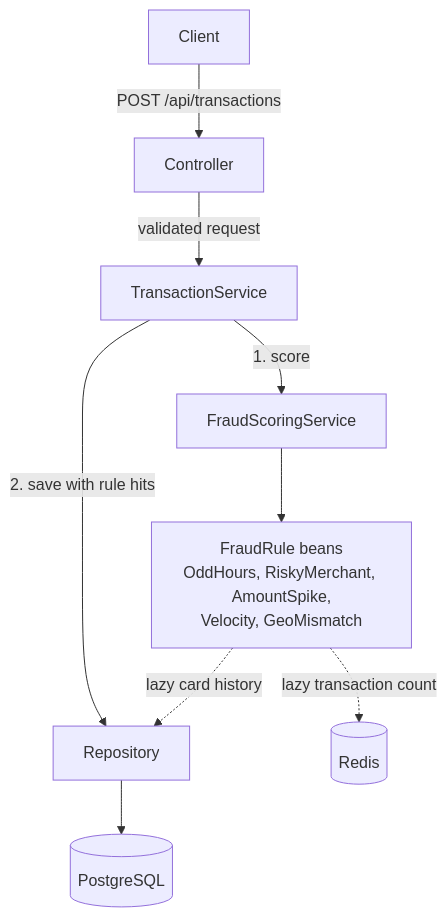
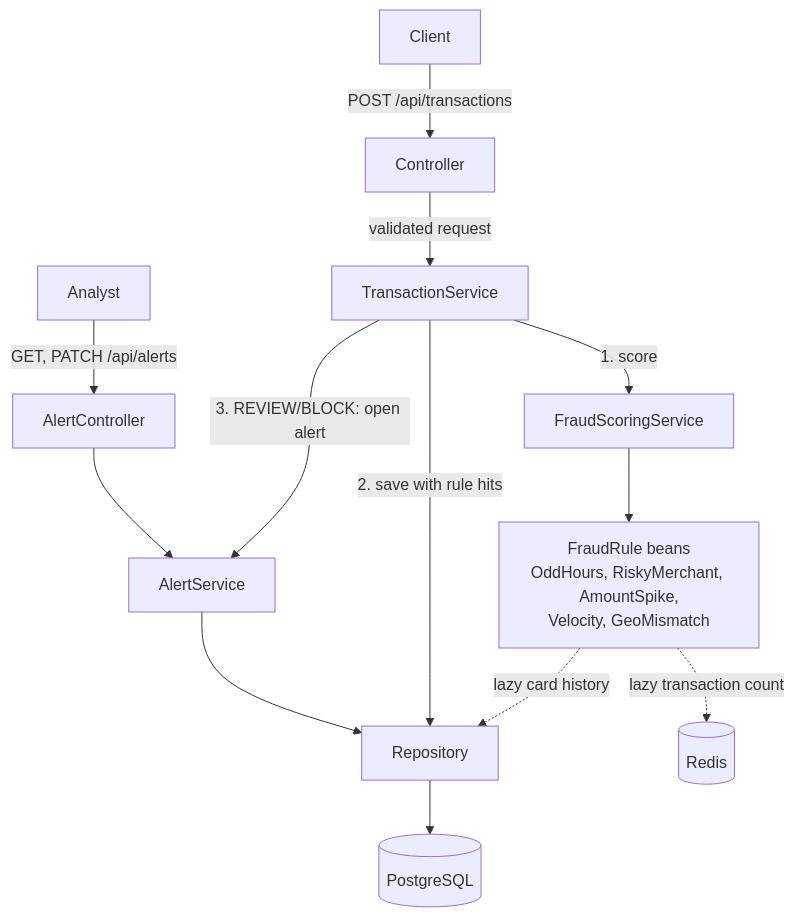
One commit to PerumallaSG2/fraud-detection changed the diagram in README.md. Above: the diagram before and after it, drawn with Mermaid. The commit also changed other lines of this file and 21 other files, not shown here.

Commit message:
Add analyst alerts: REVIEW/BLOCK open an alert; list and resolve via /api/alerts

````diff
--- a/README.md
+++ b/README.md
@@ -15,11 +16,14 @@
 ```mermaid
 flowchart TD
     Client -->|POST /api/transactions| Controller
     Controller -->|validated request| TransactionService
     TransactionService -->|1. score| FraudScoringService
     FraudScoringService --> Rules["FraudRule beans<br/>OddHours, RiskyMerchant, AmountSpike,<br/>Velocity, GeoMismatch"]
     Rules -.->|lazy card history| Repository
     Rules -.->|lazy transaction count| Redis[(Redis)]
     TransactionService -->|2. save with rule hits| Repository
+    TransactionService -->|3. REVIEW/BLOCK: open alert| AlertService
+    AlertService --> Repository
     Repository --> Postgres[(PostgreSQL)]
+    Analyst -->|GET, PATCH /api/alerts| AlertController --> AlertService
 ```
````
